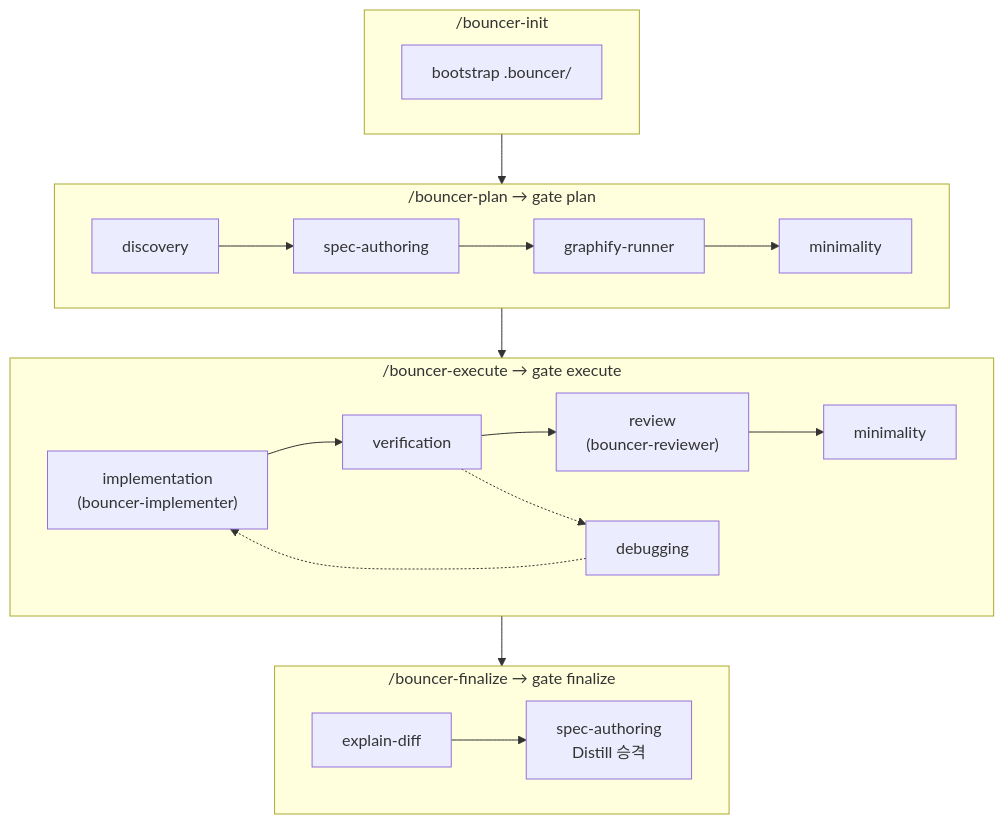
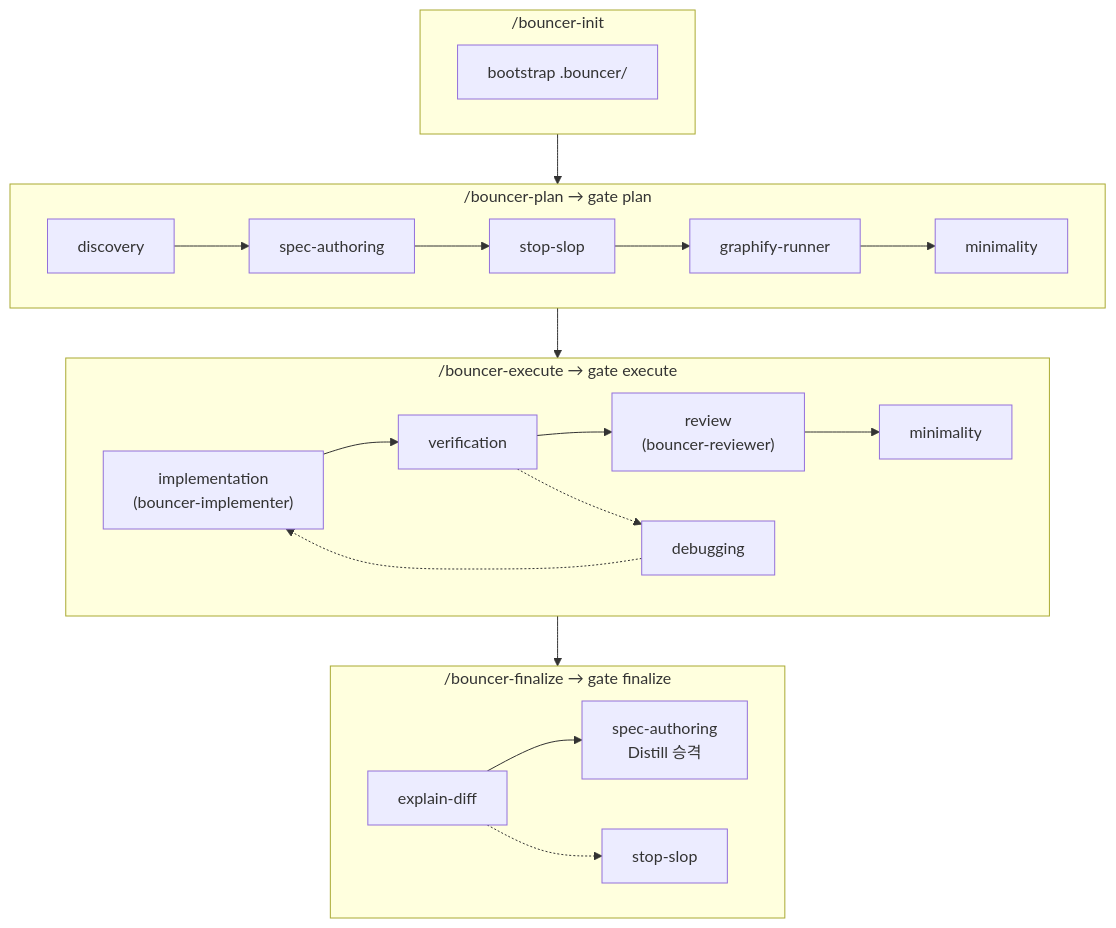
Before and after one commit to cheongfish/bouncer: the diagram in README.md, drawn with Mermaid. The commit also changed other lines of this file and 37 other files, not shown here.

````diff
--- a/README.md
+++ b/README.md
@@ -29,28 +27,30 @@
 ```mermaid
 flowchart TB
   subgraph init["/bouncer-init"]
     BI["bootstrap .bouncer/"]
   end
 
   subgraph plan["/bouncer-plan → gate plan"]
     direction LR
     D[discovery] --> SA1[spec-authoring]
-    SA1 --> GR[graphify-runner]
+    SA1 --> SS[stop-slop]
+    SS --> GR[graphify-runner]
     GR --> M1[minimality]
   end
 
   subgraph exec["/bouncer-execute → gate execute"]
     direction LR
     IMP["implementation<br/>(bouncer-implementer)"] --> VER[verification]
     VER --> REV["review<br/>(bouncer-reviewer)"]
     VER -.-> DBG[debugging]
     DBG -.-> IMP
     REV --> M2[minimality]
   end
 
   subgraph fin["/bouncer-finalize → gate finalize"]
     ED[explain-diff] --> SA2["spec-authoring<br/>Distill 승격"]
+    ED -.-> SS2[stop-slop]
   end
 
   init --> plan --> exec --> fin
 ```
````
